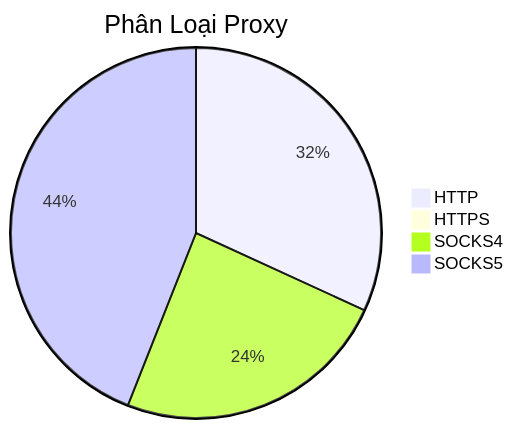
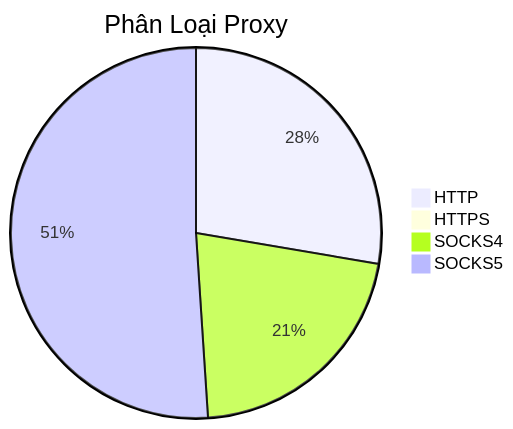
Before and after one commit to Ciara-12/PROXY-free: the diagram in README.md, drawn with Mermaid. The commit also changed other lines of this file and 4 other files, not shown here.

````diff
--- a/README.md
+++ b/README.md
@@ -26,7 +26,7 @@
 ```mermaid
 pie title Phân Loại Proxy
-    "HTTP" : 364
-    "HTTPS" : 2
-    "SOCKS4" : 276
-    "SOCKS5" : 503
+    "HTTP" : 321
+    "HTTPS" : 0
+    "SOCKS4" : 247
+    "SOCKS5" : 592
 ```
````
